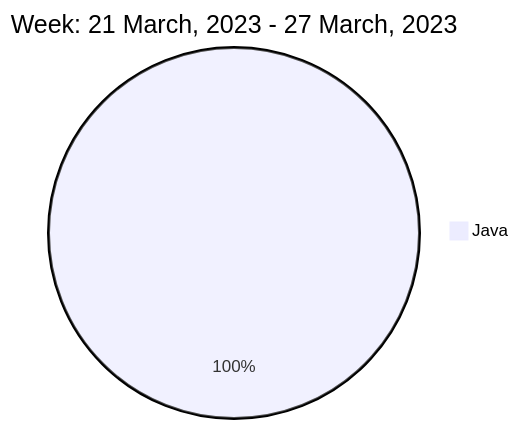
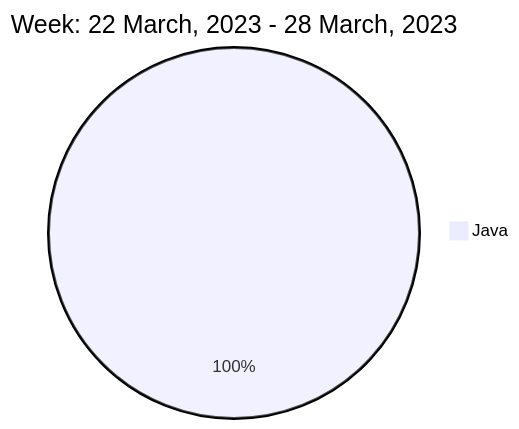
Before and after one commit to liubin95/liubin95: the diagram in README.md, drawn with Mermaid.

Commit message:
Updated the Graph with new Metrics

````diff
--- a/README.md
+++ b/README.md
@@ -40,5 +40,5 @@
 ```mermaid
  pie
-title Week: 21 March, 2023 - 27 March, 2023
+title Week: 22 March, 2023 - 28 March, 2023
  "Java" : 2.23
 ```
````
